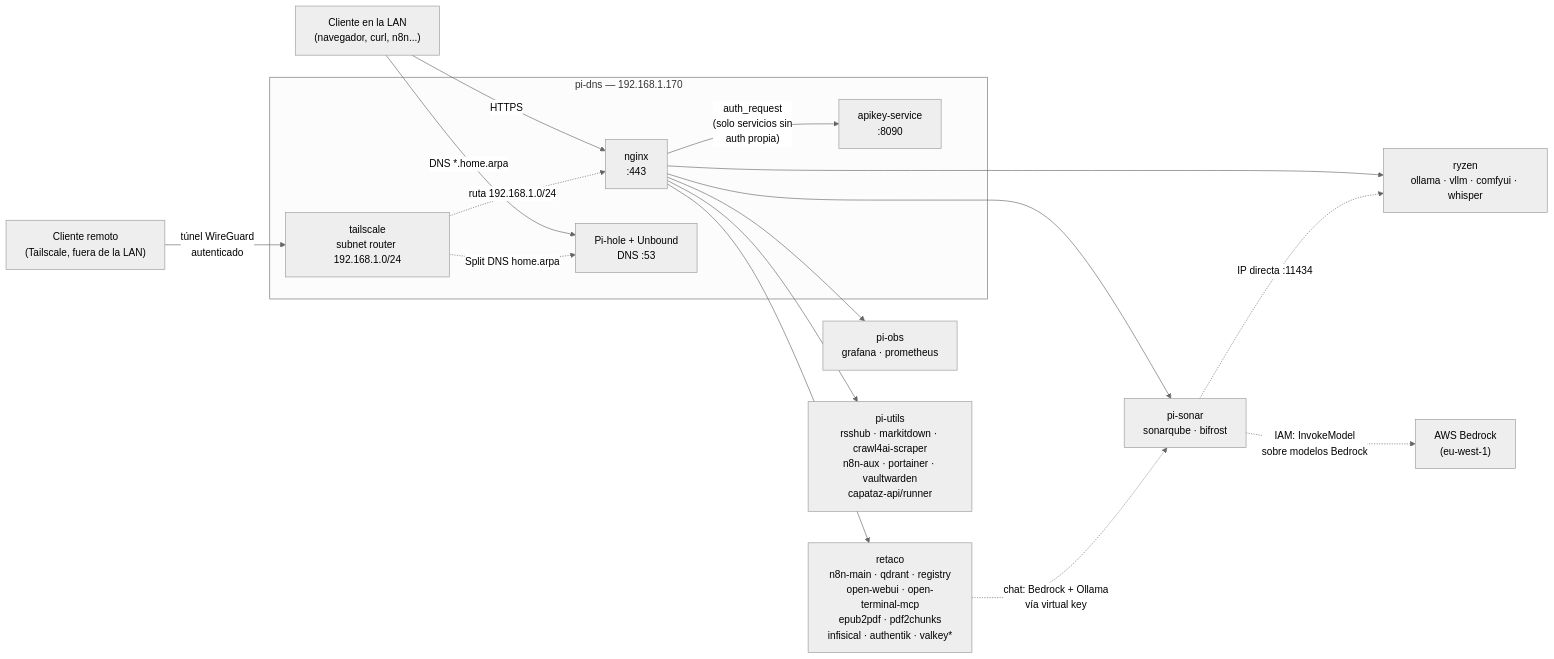
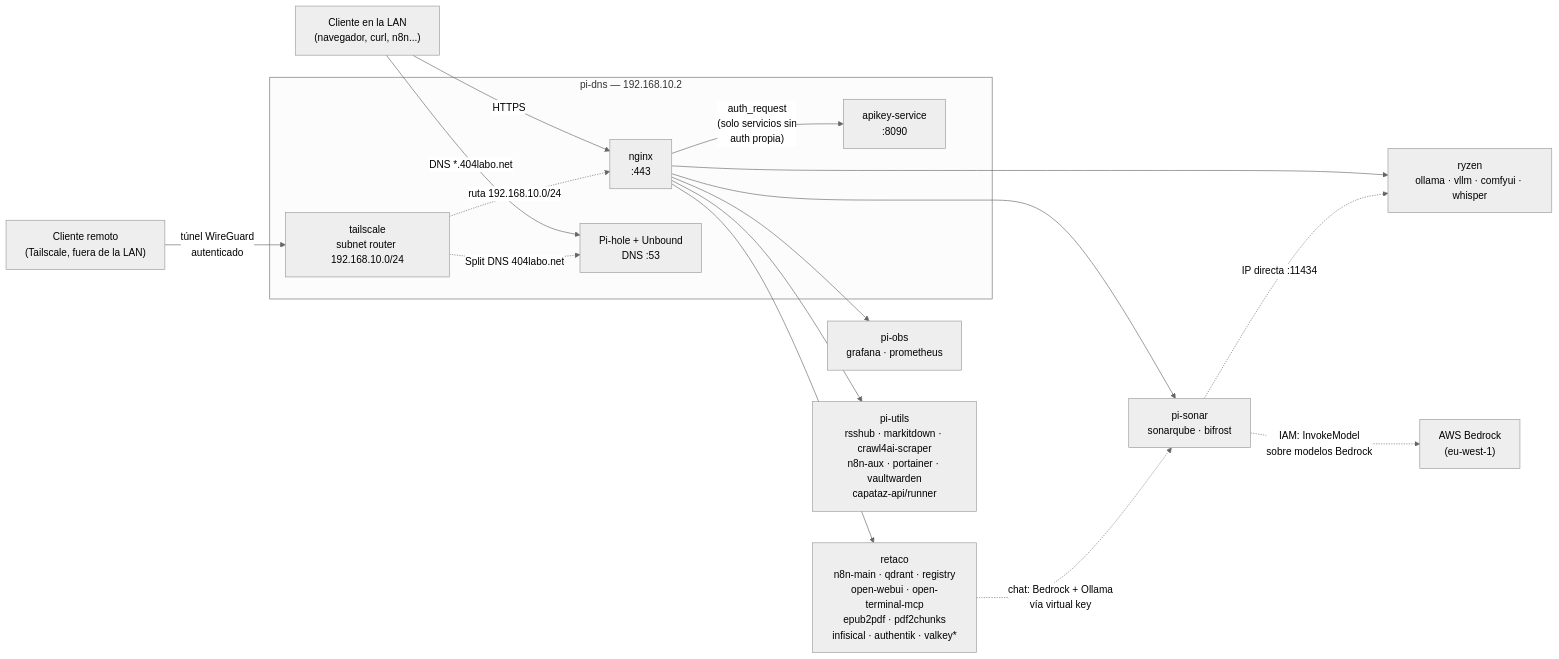
Before and after one commit to impalah/homelab-cluster: the fourth of 7 diagrams in docs/01-topologia.md, drawn with Mermaid (neutral theme). The commit also changed other lines of this file and 41 other files, not shown here.

````diff
--- a/docs/01-topologia.md
+++ b/docs/01-topologia.md
@@ -140,28 +145,28 @@
 ```mermaid
 flowchart LR
     Client["Cliente en la LAN\n(navegador, curl, n8n...)"]
     Remote["Cliente remoto\n(Tailscale, fuera de la LAN)"]
 
-    subgraph pidns["pi-dns — 192.168.1.170"]
+    subgraph pidns["pi-dns — 192.168.10.2"]
         nginx["nginx\n:443"]
         apikey["apikey-service\n:8090"]
         pihole["Pi-hole + Unbound\nDNS :53"]
-        ts["tailscale\nsubnet router 192.168.1.0/24"]
+        ts["tailscale\nsubnet router 192.168.10.0/24"]
     end
 
-    Client -->|"DNS *.home.arpa"| pihole
+    Client -->|"DNS *.404labo.net"| pihole
     Client -->|HTTPS| nginx
     Remote -->|"túnel WireGuard\nautenticado"| ts
-    ts -.->|"Split DNS home.arpa"| pihole
-    ts -.->|"ruta 192.168.1.0/24"| nginx
+    ts -.->|"Split DNS 404labo.net"| pihole
+    ts -.->|"ruta 192.168.10.0/24"| nginx
     nginx -->|"auth_request\n(solo servicios sin\nauth propia)"| apikey
 
     nginx --> ryzen["ryzen\nollama · vllm · comfyui · whisper"]
     nginx --> retaco["retaco\nn8n-main · qdrant · registry\nopen-webui · open-terminal-mcp\nepub2pdf · pdf2chunks\ninfisical · authentik · valkey*"]
     nginx --> piobs["pi-obs\ngrafana · prometheus"]
     nginx --> pisonar["pi-sonar\nsonarqube · bifrost"]
     retaco -.->|"chat: Bedrock + Ollama\nvía virtual key"| pisonar
     pisonar -.->|"IAM: InvokeModel\nsobre modelos Bedrock"| bedrock["AWS Bedrock\n(eu-west-1)"]
     pisonar -.->|"IP directa :11434"| ryzen
     nginx --> piutils["pi-utils\nrsshub · markitdown · crawl4ai-scraper\nn8n-aux · portainer · vaultwarden\ncapataz-api/runner"]
 ```
````
